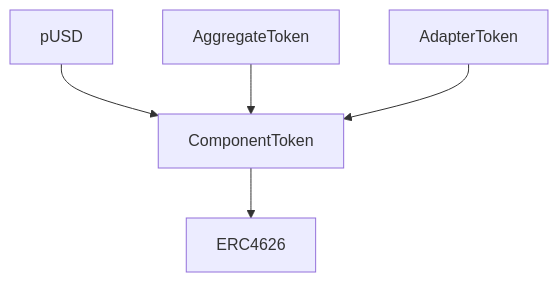
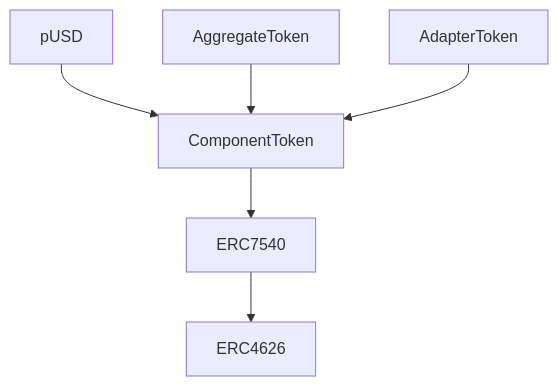
One commit to plumenetwork/contracts changed the diagram in nest/README.md. Above: the diagram before and after it, drawn with Mermaid.

Commit message:
formatting

````diff
--- a/nest/README.md
+++ b/nest/README.md
@@ -21,7 +21,8 @@
 ```mermaid
 graph TD
 A[pUSD] --> B[ComponentToken]
 C[AggregateToken] --> B[ComponentToken]
 D[AdapterToken] --> B[ComponentToken]
-B --> E[ERC4626]
+B --> E[ERC7540]
+E --> F[ERC4626]
 ```
````
